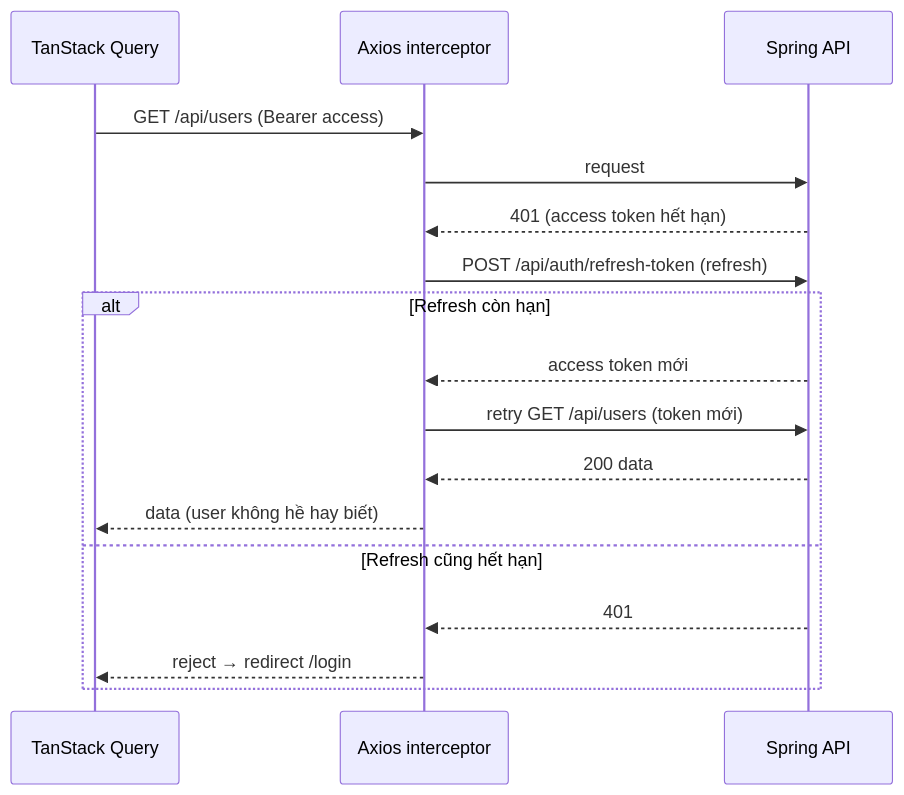
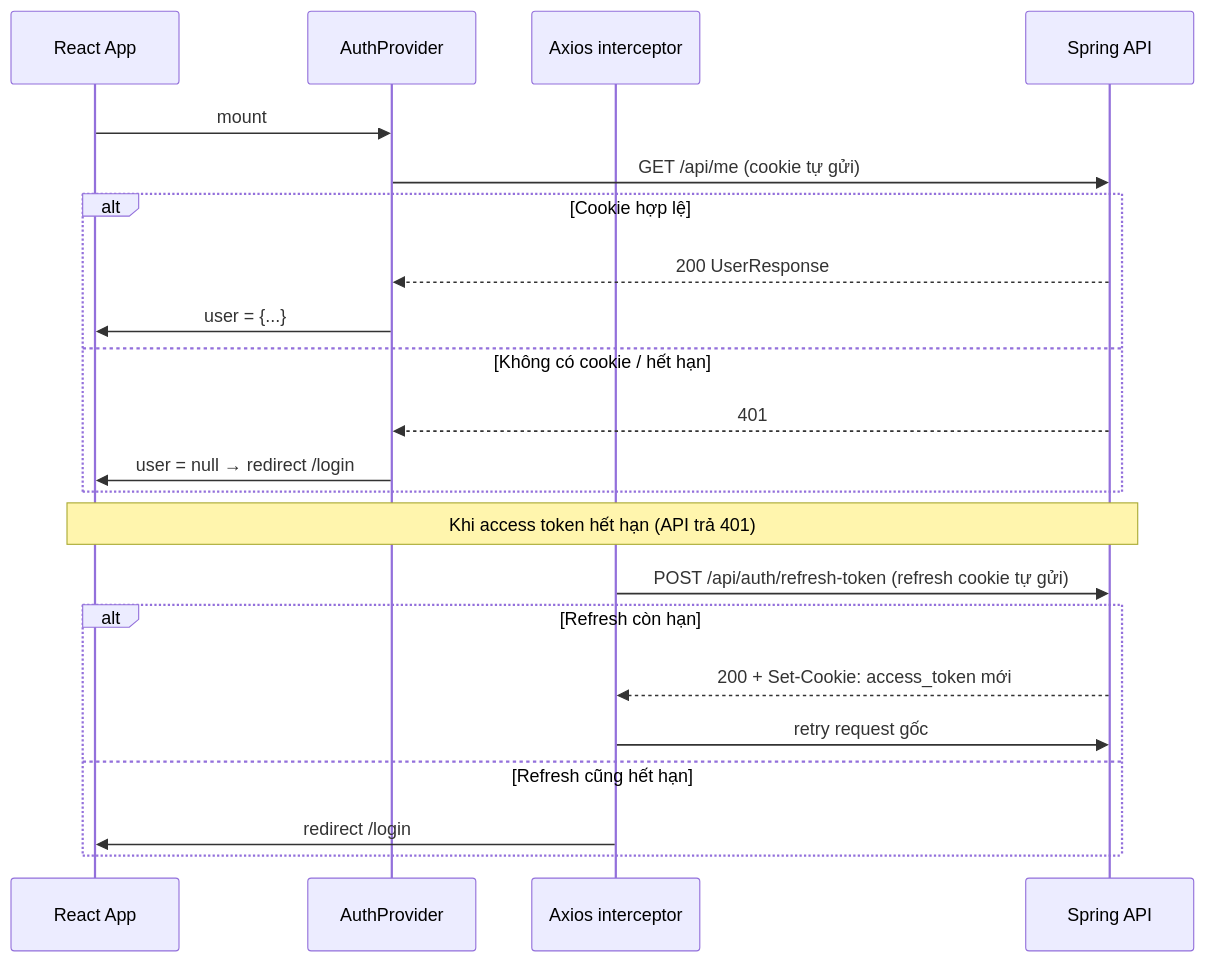
Before and after one commit to maaitlunghau/java-spring-ecosystem-fundamentals: the fifth of 5 diagrams in docs/plans/09-fullstack-user-management.md, drawn with Mermaid. The commit also changed other lines of this file, not shown here.

Commit message:
docs(user-management): sync plan doc to reflect current implementation state

````diff
--- a/docs/plans/09-fullstack-user-management.md
+++ b/docs/plans/09-fullstack-user-management.md
@@ -472,20 +374,26 @@
 ```mermaid
 sequenceDiagram
-    participant Q as TanStack Query
+    participant App as React App
+    participant Auth as AuthProvider
     participant AX as Axios interceptor
     participant API as Spring API
 
-    Q->>AX: GET /api/users (Bearer access)
-    AX->>API: request
-    API-->>AX: 401 (access token hết hạn)
-    AX->>API: POST /api/auth/refresh-token (refresh)
+    App->>Auth: mount
+    Auth->>API: GET /api/me (cookie tự gửi)
+    alt Cookie hợp lệ
+        API-->>Auth: 200 UserResponse
+        Auth->>App: user = {...}
+    else Không có cookie / hết hạn
+        API-->>Auth: 401
+        Auth->>App: user = null → redirect /login
+    end
+
+    Note over App,API: Khi access token hết hạn (API trả 401)
+    AX->>API: POST /api/auth/refresh-token (refresh cookie tự gửi)
     alt Refresh còn hạn
-        API-->>AX: access token mới
-        AX->>API: retry GET /api/users (token mới)
-        API-->>AX: 200 data
-        AX-->>Q: data (user không hề hay biết)
+        API-->>AX: 200 + Set-Cookie: access_token mới
+        AX->>API: retry request gốc
     else Refresh cũng hết hạn
-        API-->>AX: 401
-        AX-->>Q: reject → redirect /login
+        AX->>App: redirect /login
     end
 ```
````
